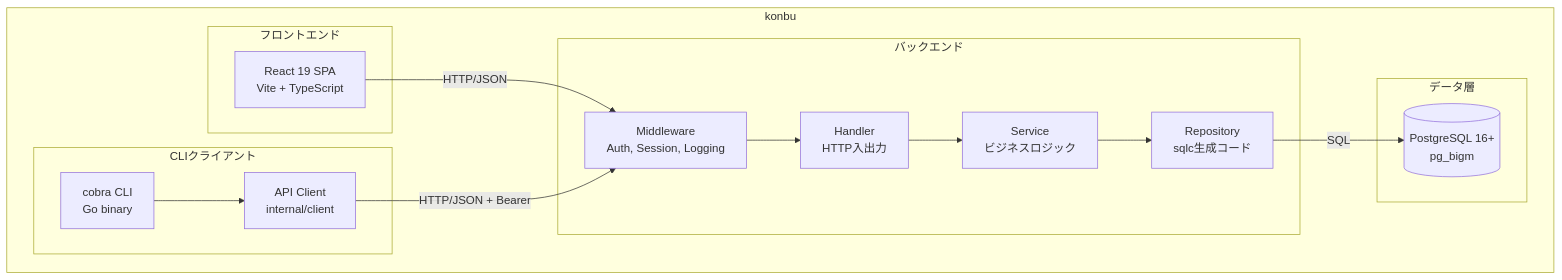
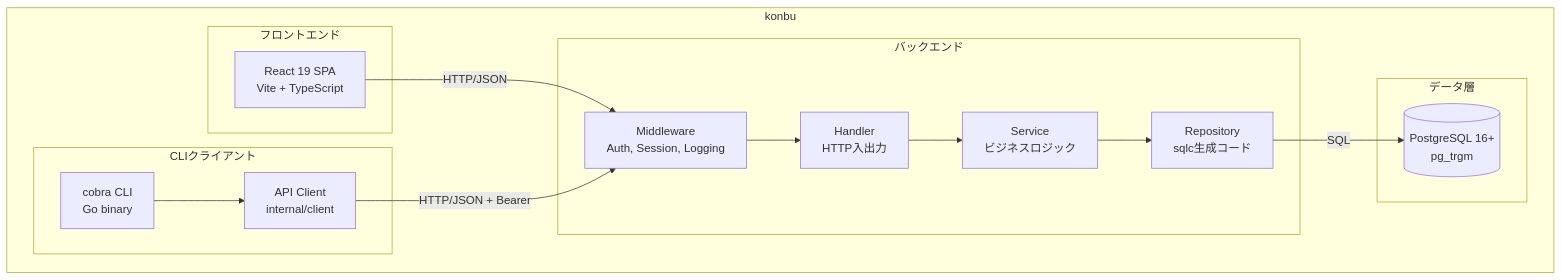
One commit to krtw00/konbu changed the diagram in docs/02-architecture/structure.md. Above: the diagram before and after it, drawn with Mermaid. The commit also changed other lines of this file and 15 other files, not shown here.

First line of the commit message:
feat: replace pg_bigm with pg_trgm for managed DB compatibility

````diff
--- a/docs/02-architecture/structure.md
+++ b/docs/02-architecture/structure.md
@@ -18,32 +18,32 @@
 ```mermaid
 flowchart TB
     subgraph System[konbu]
         subgraph Frontend[フロントエンド]
             FE[React 19 SPA<br/>Vite + TypeScript]
         end
 
         subgraph Backend[バックエンド]
             MW[Middleware<br/>Auth, Session, Logging]
             API[Handler<br/>HTTP入出力]
             SVC[Service<br/>ビジネスロジック]
             REPO[Repository<br/>sqlc生成コード]
         end
 
         subgraph Data[データ層]
-            DB[(PostgreSQL 16+<br/>pg_bigm)]
+            DB[(PostgreSQL 16+<br/>pg_trgm)]
         end
 
         subgraph CLI[CLIクライアント]
             CLICMD[cobra CLI<br/>Go binary]
             CLIENT[API Client<br/>internal/client]
         end
     end
 
     FE -->|HTTP/JSON| MW
     CLICMD --> CLIENT
     CLIENT -->|HTTP/JSON + Bearer| MW
     MW --> API
     API --> SVC
     SVC --> REPO
     REPO -->|SQL| DB
 ```
````
